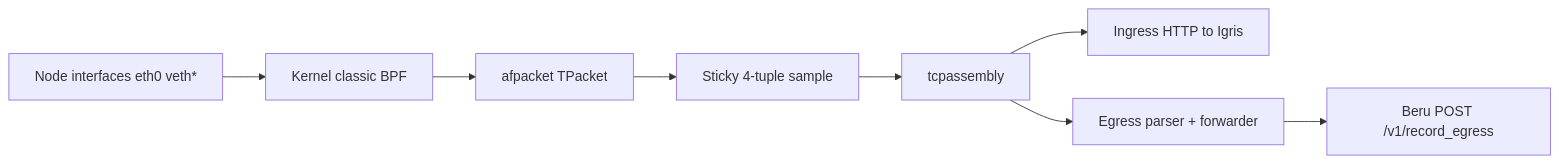
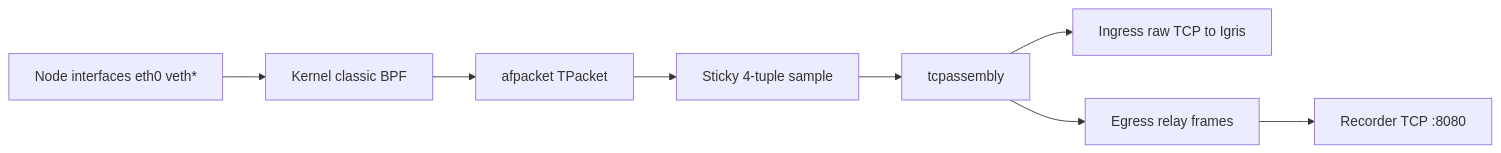
Before and after one commit to nederrgo/shadow-diff: the sixth of 7 diagrams in ARCHITECTURE.md, drawn with Mermaid. The commit also changed other lines of this file and 33 other files, not shown here.

````diff
--- a/ARCHITECTURE.md
+++ b/ARCHITECTURE.md
@@ -269,10 +272,10 @@
 ```mermaid
 flowchart LR
   wire[Node interfaces eth0 veth*] --> bpf[Kernel classic BPF]
   bpf --> tpacket[afpacket TPacket]
   tpacket --> sample[Sticky 4-tuple sample]
   sample --> asm[tcpassembly]
-  asm --> ingress[Ingress HTTP to Igris]
-  asm --> egress[Egress parser + forwarder]
-  egress --> beruHTTP[Beru POST /v1/record_egress]
+  asm --> ingress[Ingress raw TCP to Igris]
+  asm --> egress[Egress relay frames]
+  egress --> recorderTCP[Recorder TCP :8080]
 ```
````
